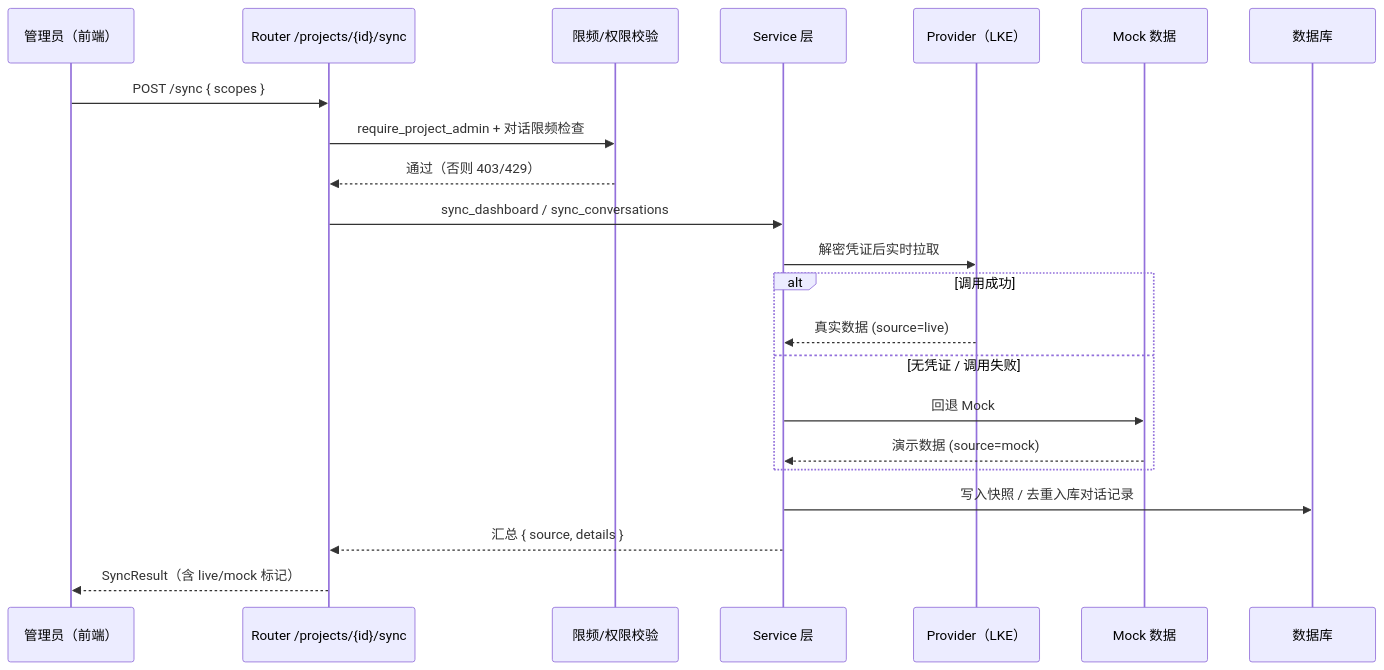
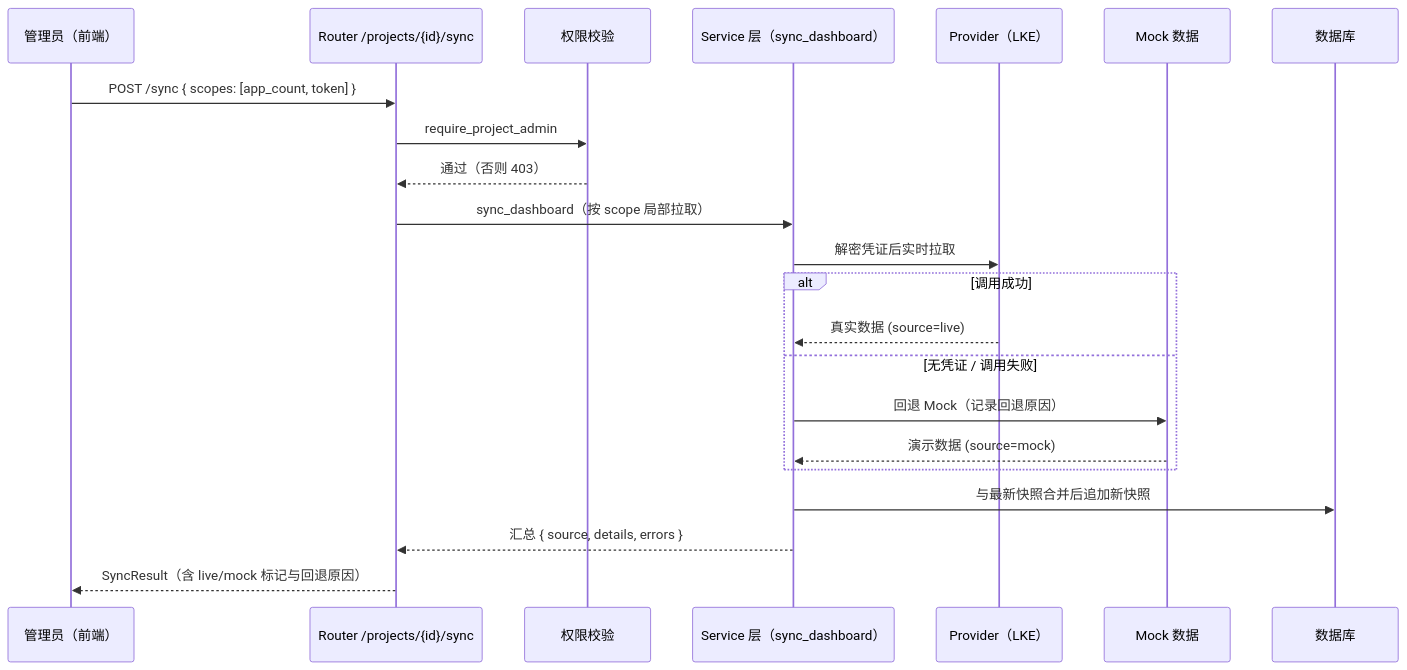
One commit to yaoice/agent-hub changed the third of 4 diagrams in README.md. Above: the diagram before and after it, drawn with Mermaid. The commit also changed other lines of this file and 26 other files, not shown here.

````diff
--- a/README.md
+++ b/README.md
@@ -136,25 +144,25 @@
 ```mermaid
 sequenceDiagram
     participant U as 管理员（前端）
     participant R as Router /projects/{id}/sync
-    participant G as 限频/权限校验
-    participant S as Service 层
+    participant G as 权限校验
+    participant S as Service 层（sync_dashboard）
     participant P as Provider（LKE）
     participant M as Mock 数据
     participant DB as 数据库
 
-    U->>R: POST /sync { scopes }
-    R->>G: require_project_admin + 对话限频检查
-    G-->>R: 通过（否则 403/429）
-    R->>S: sync_dashboard / sync_conversations
+    U->>R: POST /sync { scopes: [app_count, token] }
+    R->>G: require_project_admin
+    G-->>R: 通过（否则 403）
+    R->>S: sync_dashboard（按 scope 局部拉取）
     S->>P: 解密凭证后实时拉取
     alt 调用成功
         P-->>S: 真实数据 (source=live)
     else 无凭证 / 调用失败
-        S->>M: 回退 Mock
+        S->>M: 回退 Mock（记录回退原因）
         M-->>S: 演示数据 (source=mock)
     end
-    S->>DB: 写入快照 / 去重入库对话记录
-    S-->>R: 汇总 { source, details }
-    R-->>U: SyncResult（含 live/mock 标记）
+    S->>DB: 与最新快照合并后追加新快照
+    S-->>R: 汇总 { source, details, errors }
+    R-->>U: SyncResult（含 live/mock 标记与回退原因）
 ```
````
